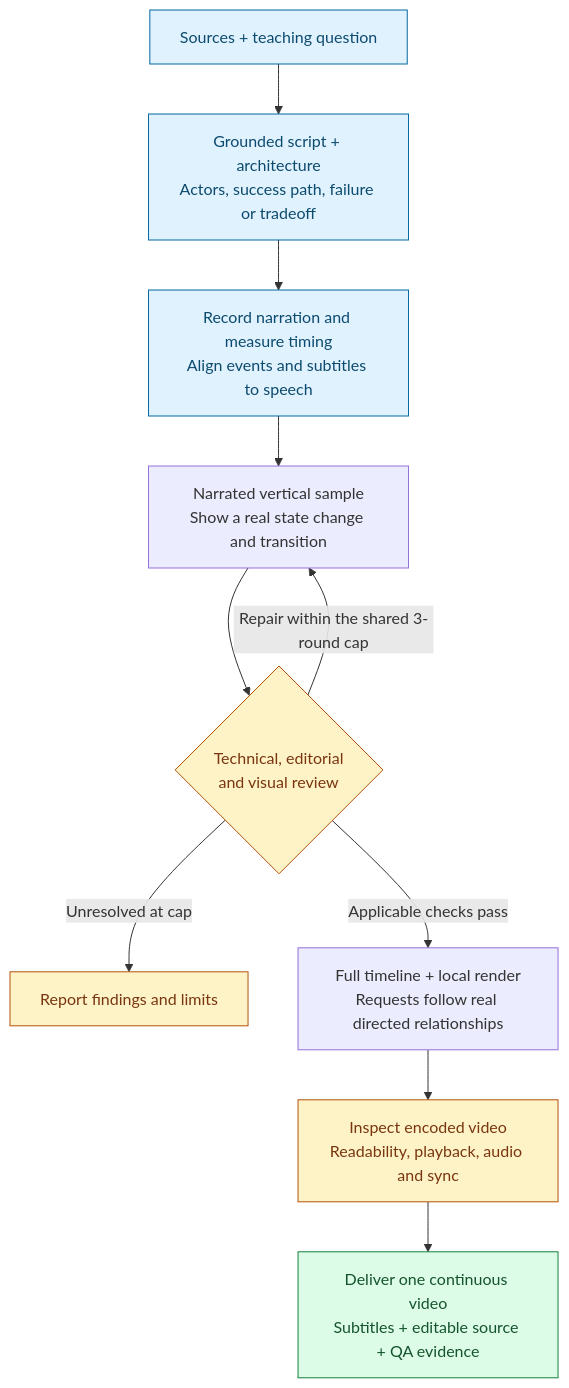
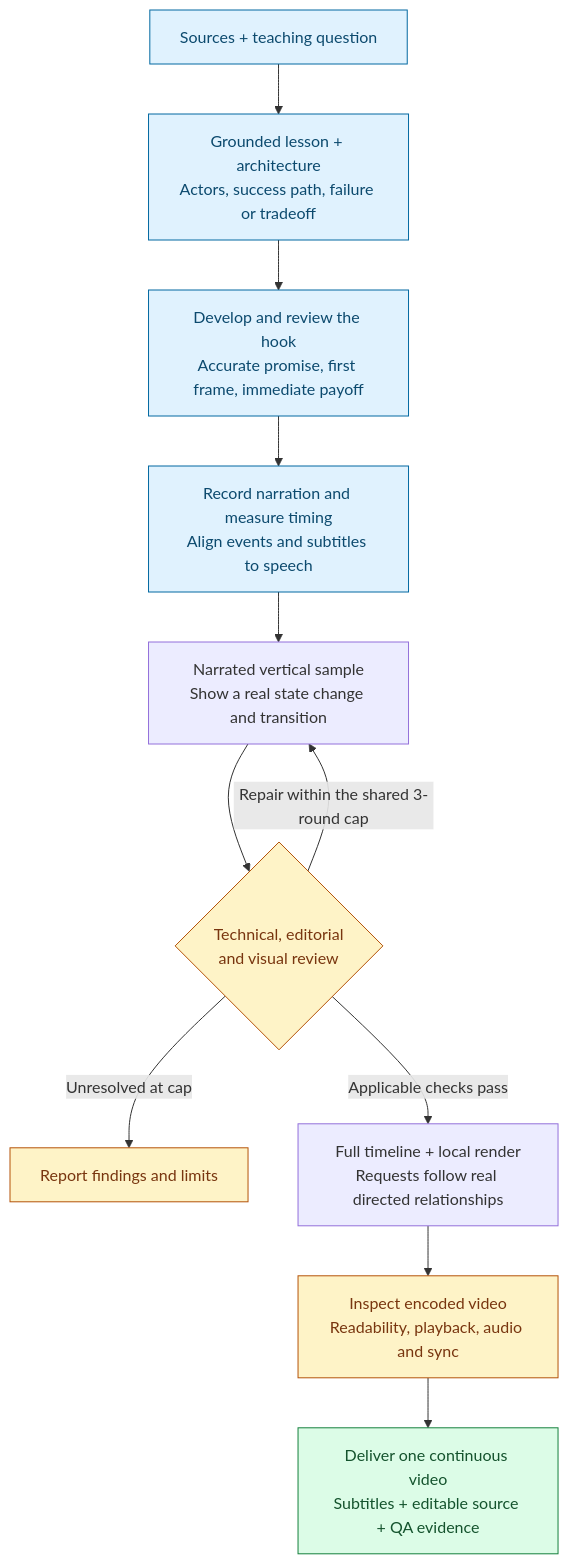
Before and after one commit to JeffreyFerreiras/ai-skills: the diagram in README.md, drawn with Mermaid. The commit also changed other lines of this file and 7 other files, not shown here.

````diff
--- a/README.md
+++ b/README.md
@@ -44,18 +44,19 @@
 ```mermaid
 flowchart TD
-    A["Sources + teaching question"] --> B["Grounded script + architecture<br/>Actors, success path, failure or tradeoff"]
-    B --> C["Record narration and measure timing<br/>Align events and subtitles to speech"]
+    A["Sources + teaching question"] --> B["Grounded lesson + architecture<br/>Actors, success path, failure or tradeoff"]
+    B --> J["Develop and review the hook<br/>Accurate promise, first frame, immediate payoff"]
+    J --> C["Record narration and measure timing<br/>Align events and subtitles to speech"]
     C --> D["Narrated vertical sample<br/>Show a real state change and transition"]
     D --> E{"Technical, editorial<br/>and visual review"}
     E -->|"Repair within the shared 3-round cap"| D
     E -->|"Unresolved at cap"| X["Report findings and limits"]
     E -->|"Applicable checks pass"| F["Full timeline + local render<br/>Requests follow real directed relationships"]
     F --> G["Inspect encoded video<br/>Readability, playback, audio and sync"]
     G --> H["Deliver one continuous video<br/>Subtitles + editable source + QA evidence"]
     classDef plan fill:#e0f2fe,stroke:#0369a1,color:#0c4a6e;
     classDef review fill:#fef3c7,stroke:#b45309,color:#78350f;
     classDef output fill:#dcfce7,stroke:#15803d,color:#14532d;
-    class A,B,C plan;
+    class A,B,J,C plan;
     class E,G,X review;
     class H output;
 ```
````
